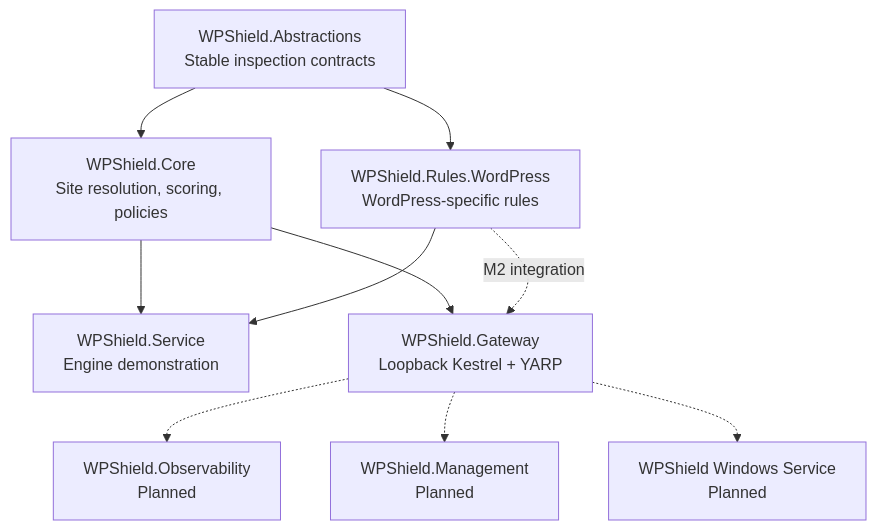
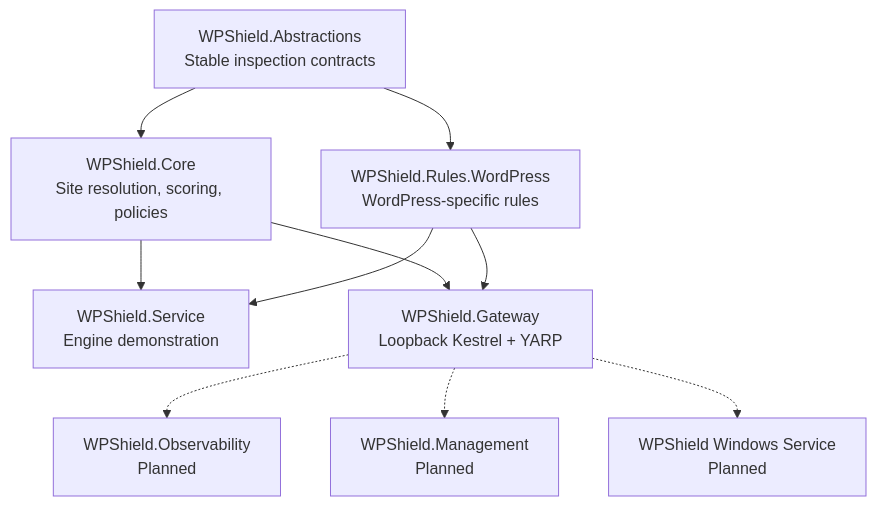
One commit to peopleworks/WPShield changed the first of 3 diagrams in README.md. Above: the diagram before and after it, drawn with Mermaid. The commit also changed other lines of this file and 34 other files, not shown here.

````diff
--- a/README.md
+++ b/README.md
@@ -58,21 +194,21 @@
 ```mermaid
 flowchart TB
     A["WPShield.Abstractions<br/>Stable inspection contracts"]
     C["WPShield.Core<br/>Site resolution, scoring, policies"]
     R["WPShield.Rules.WordPress<br/>WordPress-specific rules"]
     S["WPShield.Service<br/>Engine demonstration"]
     G["WPShield.Gateway<br/>Loopback Kestrel + YARP"]
     O["WPShield.Observability<br/>Planned"]
     M["WPShield.Management<br/>Planned"]
     W["WPShield Windows Service<br/>Planned"]
 
     A --> C
     A --> R
     C --> S
     C --> G
     R --> S
-    R -. "M2 integration" .-> G
+    R --> G
     G -.-> O
     G -.-> M
     G -.-> W
 ```
````
